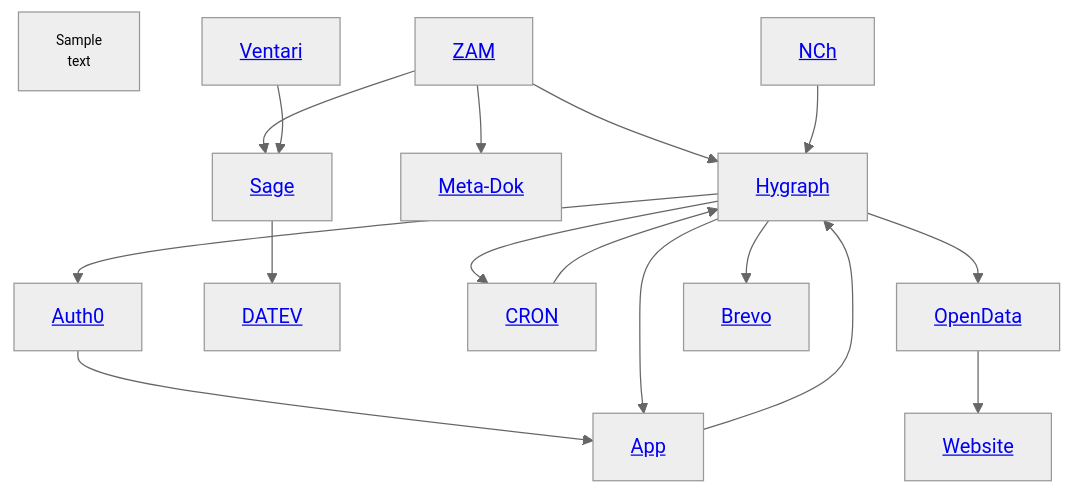
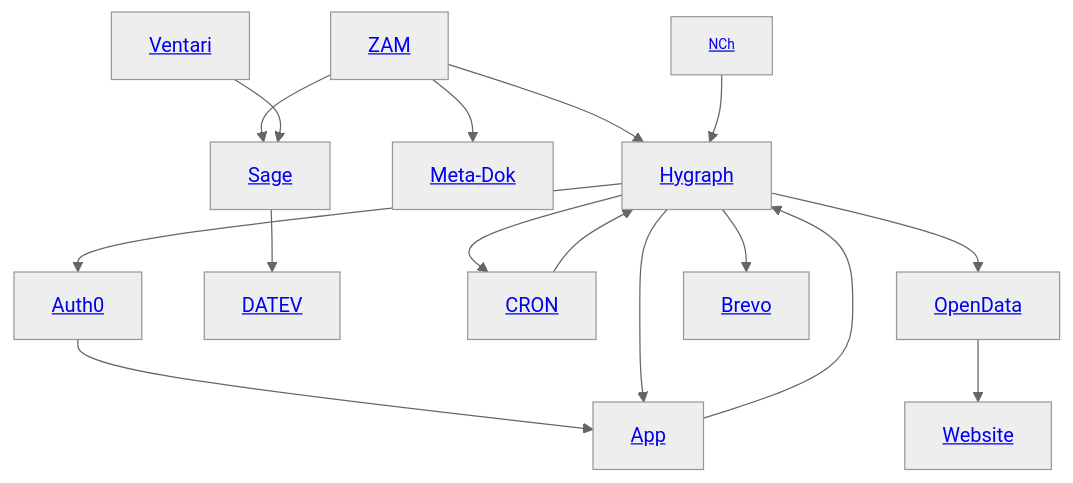
Before and after one commit to GDCh-de/docs: the diagram in infrastructure.md, drawn with Mermaid (neutral theme).

````diff
--- a/infrastructure.md
+++ b/infrastructure.md
@@ -3,13 +3,13 @@
 ```mermaid
 graph TD;
-  AAA[Sample<br>text]:::FixFont;
+  NCh[NCh<br>text]:::FixFont;
   classDef FixFont font-size:11px
   Hygraph[<a href='/GDCh-de/docs/blob/main/hygraph.md'>Hygraph</a>] --> Auth0[<a href='/GDCh-de/docs/blob/main/Auth0.md'>Auth0</a>] --> App[<a href='/GDCh-de/docs/blob/main/App.md'>App</a>] --> Hygraph --> App;
   ZAM[<a href='/GDCh-de/docs/blob/main/ZAM.md'>ZAM</a>] --> Meta-Dok[<a href='/GDCh-de/docs/blob/main/Meta-Dok.md'>Meta-Dok</a>];
   ZAM --> Sage[<a href='/GDCh-de/docs/blob/main/Sage.md'>Sage</a>] --> DATEV[<a href='/GDCh-de/docs/blob/main/DATEV.md'>DATEV</a>];
   Ventari[<a href='/GDCh-de/docs/blob/main/Ventari.md'>Ventari</a>] --> Sage;
   Hygraph --> Cron[<a href='/GDCh-de/docs/blob/main/CRON.md'>CRON</a>] --> Hygraph;
   ZAM --> Hygraph;
   Hygraph --> OpenData[<a href='/GDCh-de/docs/blob/main/OpenData.md'>OpenData</a>] --> Website[<a href='/GDCh-de/docs/blob/main/Website.md'>Website</a>];
   NCh[<a href='/GDCh-de/docs/blob/main/NCh.md'>NCh</a>] --> Hygraph --> Brevo[<a href='/GDCh-de/docs/blob/main/Brevo.md'>Brevo</a>]
 ```
````
